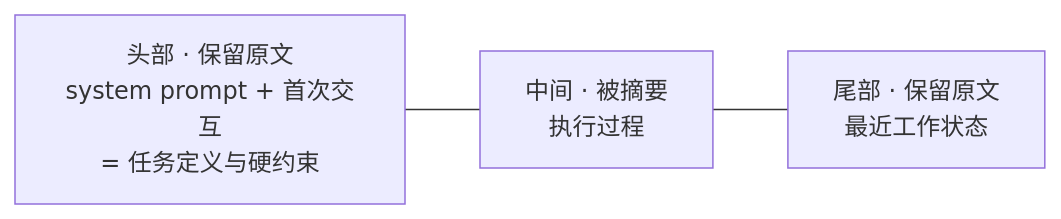
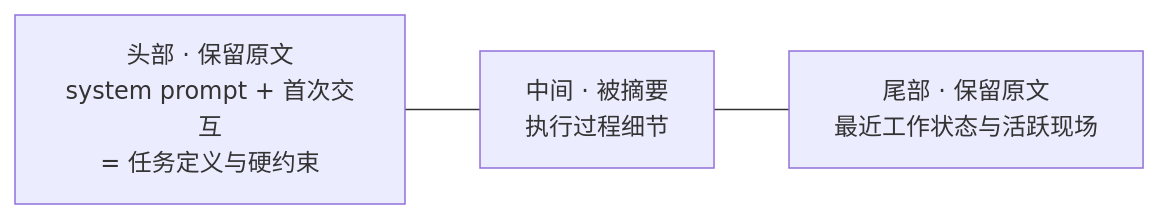
The second of 19 diagrams in agent-context-compression/Agent_Context_Compression_Research.md (caiboyang/ML-learning), drawn with Mermaid before and after one commit. The commit also changed other lines of this file and 4 other files, not shown here.

````diff
--- a/agent-context-compression/Agent_Context_Compression_Research.md
+++ b/agent-context-compression/Agent_Context_Compression_Research.md
@@ -109,4 +109,4 @@
 ```mermaid
 flowchart LR
-    H["头部 · 保留原文<br/>system prompt + 首次交互<br/>= 任务定义与硬约束"] --- M["中间 · 被摘要<br/>执行过程"] --- T["尾部 · 保留原文<br/>最近工作状态"]
+    H["头部 · 保留原文<br/>system prompt + 首次交互<br/>= 任务定义与硬约束"] --- M["中间 · 被摘要<br/>执行过程细节"] --- T["尾部 · 保留原文<br/>最近工作状态与活跃现场"]
 ```
````
